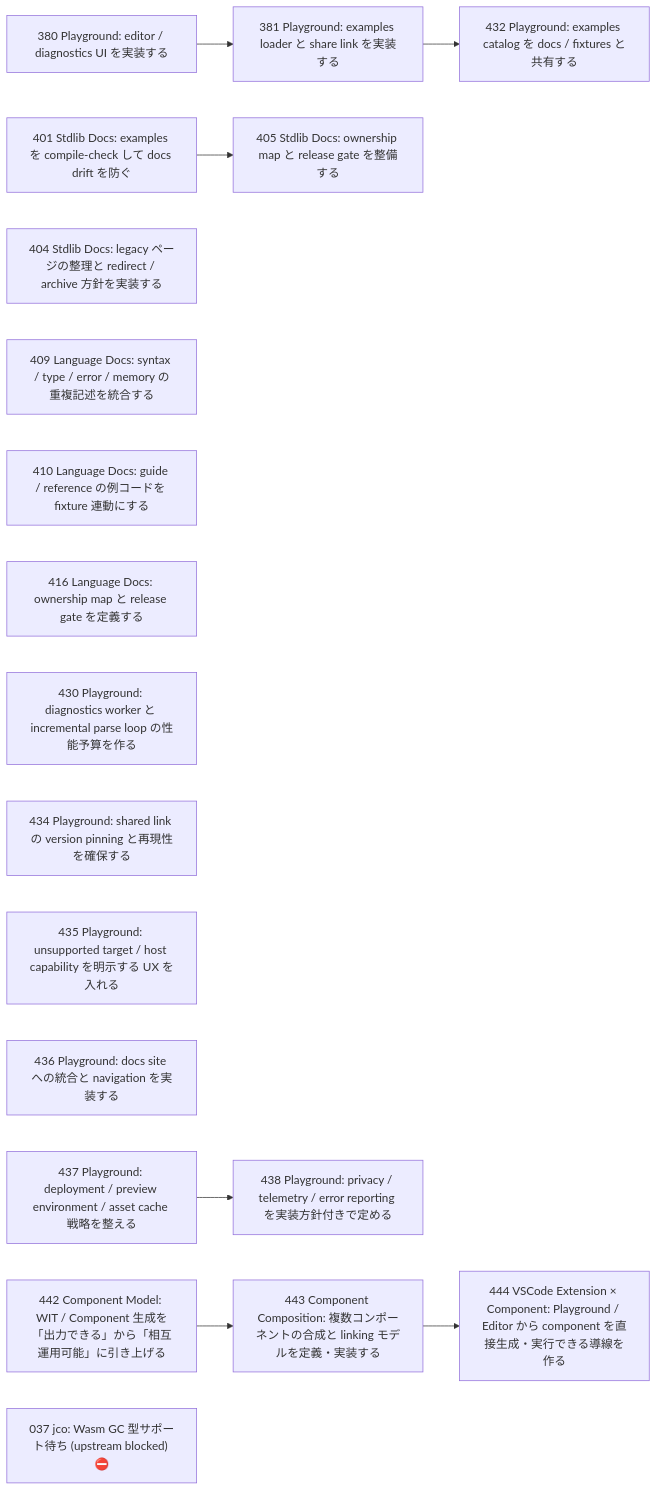
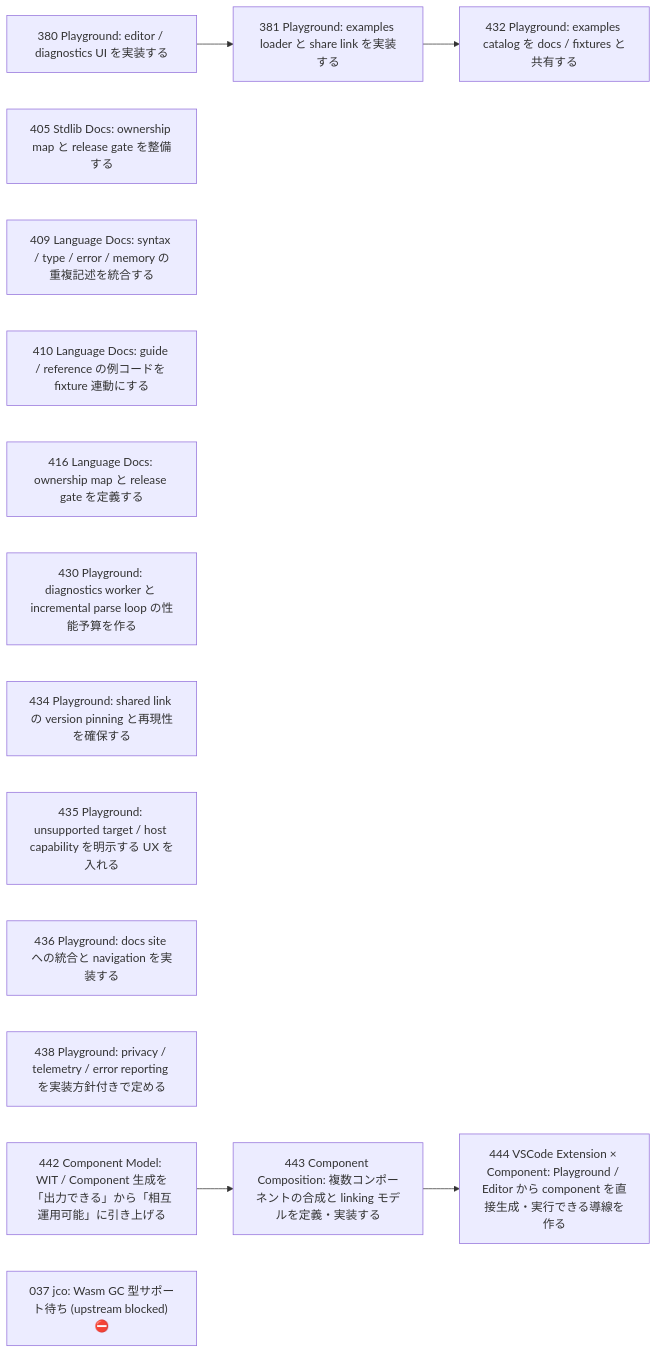
One commit to wogikaze/arukellt changed the diagram in issues/open/dependency-graph.md. Above: the diagram before and after it, drawn with Mermaid. The commit also changed other lines of this file and 4 other files, not shown here.

````diff
--- a/issues/open/dependency-graph.md
+++ b/issues/open/dependency-graph.md
@@ -7,28 +7,23 @@
 ```mermaid
 graph LR
   I380["380 Playground: editor / diagnostics UI を実装する"]
-  I401["401 Stdlib Docs: examples を compile-check して docs drift を防ぐ"]
-  I404["404 Stdlib Docs: legacy ページの整理と redirect / archive 方針を実装する"]
+  I405["405 Stdlib Docs: ownership map と release gate を整備する"]
   I409["409 Language Docs: syntax / type / error / memory の重複記述を統合する"]
   I410["410 Language Docs: guide / reference の例コードを fixture 連動にする"]
   I416["416 Language Docs: ownership map と release gate を定義する"]
   I430["430 Playground: diagnostics worker と incremental parse loop の性能予算を作る"]
   I434["434 Playground: shared link の version pinning と再現性を確保する"]
   I435["435 Playground: unsupported target / host capability を明示する UX を入れる"]
   I436["436 Playground: docs site への統合と navigation を実装する"]
-  I437["437 Playground: deployment / preview environment / asset cache 戦略を整える"]
+  I438["438 Playground: privacy / telemetry / error reporting を実装方針付きで定める"]
   I442["442 Component Model: WIT / Component 生成を「出力できる」から「相互運用可能」に引き上げる"]
   I381["381 Playground: examples loader と share link を実装する"]
-  I405["405 Stdlib Docs: ownership map と release gate を整備する"]
-  I438["438 Playground: privacy / telemetry / error reporting を実装方針付きで定める"]
   I443["443 Component Composition: 複数コンポーネントの合成と linking モデルを定義・実装する"]
   I432["432 Playground: examples catalog を docs / fixtures と共有する"]
   I444["444 VSCode Extension × Component: Playground / Editor から component を直接生成・実行できる導線を作る"]
   I037["037 jco: Wasm GC 型サポート待ち (upstream blocked) ⛔"]
   I380 --> I381
-  I401 --> I405
-  I437 --> I438
   I442 --> I443
   I381 --> I432
   I443 --> I444
 ```
````
